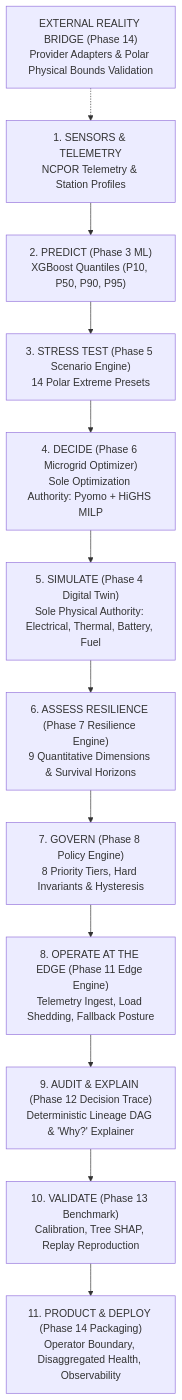
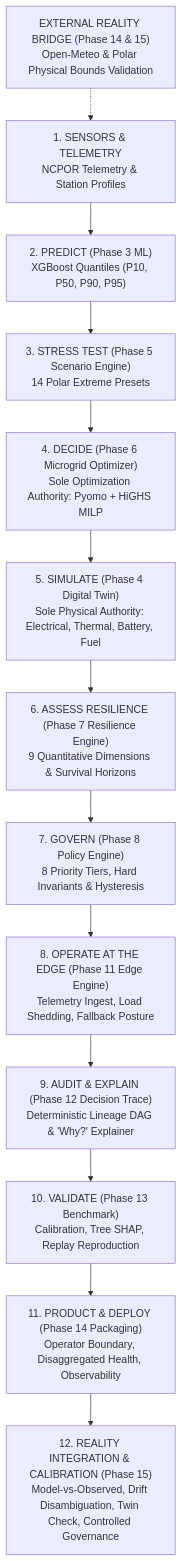
One commit to Charan14057/polaris-ems changed the diagram in docs/master_walkthrough.md. Above: the diagram before and after it, drawn with Mermaid. The commit also changed other lines of this file and 70 other files, not shown here.

````diff
--- a/docs/master_walkthrough.md
+++ b/docs/master_walkthrough.md
@@ -52,14 +57,15 @@
 ```mermaid
 flowchart TD
-    EXT["EXTERNAL REALITY BRIDGE (Phase 14)<br/>Provider Adapters & Polar Physical Bounds Validation"] -.-> D
+    EXT["EXTERNAL REALITY BRIDGE (Phase 14 & 15)<br/>Open-Meteo & Polar Physical Bounds Validation"] -.-> D
     D["1. SENSORS & TELEMETRY<br/>NCPOR Telemetry & Station Profiles"] --> F["2. PREDICT (Phase 3 ML)<br/>XGBoost Quantiles (P10, P50, P90, P95)"]
     F --> S["3. STRESS TEST (Phase 5 Scenario Engine)<br/>14 Polar Extreme Presets"]
     S --> O["4. DECIDE (Phase 6 Microgrid Optimizer)<br/>Sole Optimization Authority: Pyomo + HiGHS MILP"]
     O --> T["5. SIMULATE (Phase 4 Digital Twin)<br/>Sole Physical Authority: Electrical, Thermal, Battery, Fuel"]
     T --> R["6. ASSESS RESILIENCE (Phase 7 Resilience Engine)<br/>9 Quantitative Dimensions & Survival Horizons"]
     R --> P["7. GOVERN (Phase 8 Policy Engine)<br/>8 Priority Tiers, Hard Invariants & Hysteresis"]
     P --> E["8. OPERATE AT THE EDGE (Phase 11 Edge Engine)<br/>Telemetry Ingest, Load Shedding, Fallback Posture"]
     E --> DT["9. AUDIT & EXPLAIN (Phase 12 Decision Trace)<br/>Deterministic Lineage DAG & 'Why?' Explainer"]
     DT --> V["10. VALIDATE (Phase 13 Benchmark)<br/>Calibration, Tree SHAP, Replay Reproduction"]
     V --> PROD["11. PRODUCT & DEPLOY (Phase 14 Packaging)<br/>Operator Boundary, Disaggregated Health, Observability"]
+    PROD --> REAL["12. REALITY INTEGRATION & CALIBRATION (Phase 15)<br/>Model-vs-Observed, Drift Disambiguation, Twin Check, Controlled Governance"]
 ```
````
